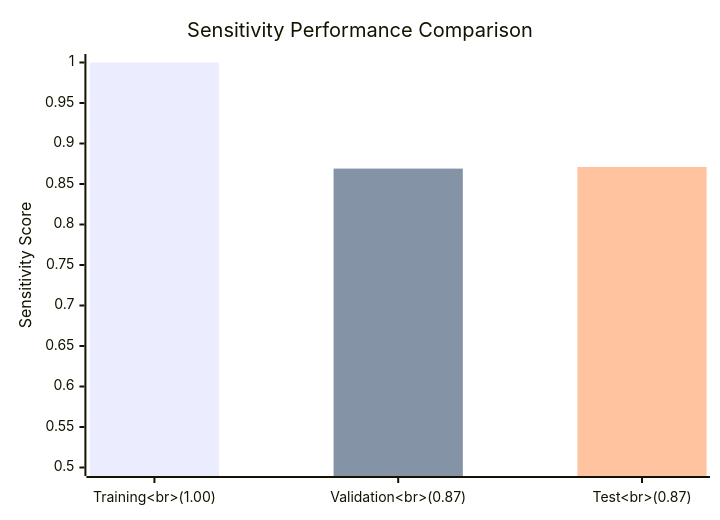
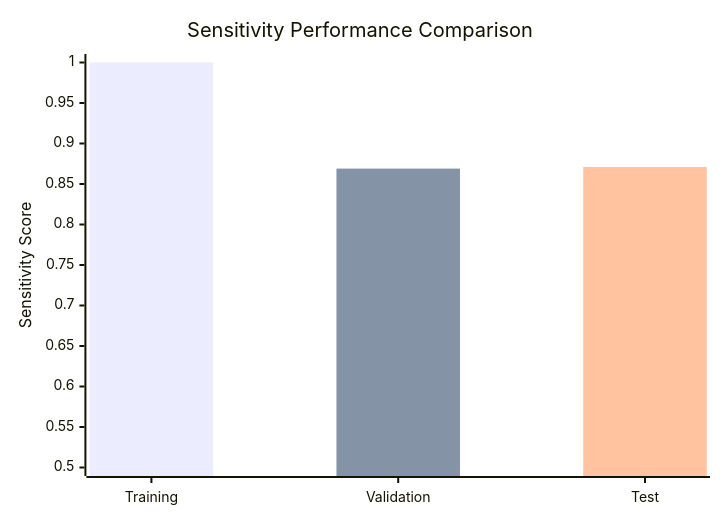
The fourth of 5 diagrams in README.md (Daniel-Lachner-Piza/EEG_Characterizer_HFO), drawn with Mermaid before and after one commit. The commit also changed other lines of this file, not shown here.

````diff
--- a/README.md
+++ b/README.md
@@ -75,9 +75,9 @@
 ```mermaid
 xychart-beta
     title "Sensitivity Performance Comparison"
-    x-axis ["Training<br>(1.00)", "Validation<br>(0.87)", "Test<br>(0.87)"]
+    x-axis [Training, Validation, Test]
     y-axis "Sensitivity Score" 0.5 --> 1.0
-    bar "Training (1.00)" [1.000, 0, 0]
-    bar "Validation (0.87)" [0, 0.869, 0]
-    bar "Test (0.87)" [0, 0, 0.871]
+    bar "Training<br>(1.00)" [1.000, 0, 0]
+    bar "Validation<br>(0.87)" [0, 0.869, 0]
+    bar "Test<br>(0.87)" [0, 0, 0.871]
 ```
````
